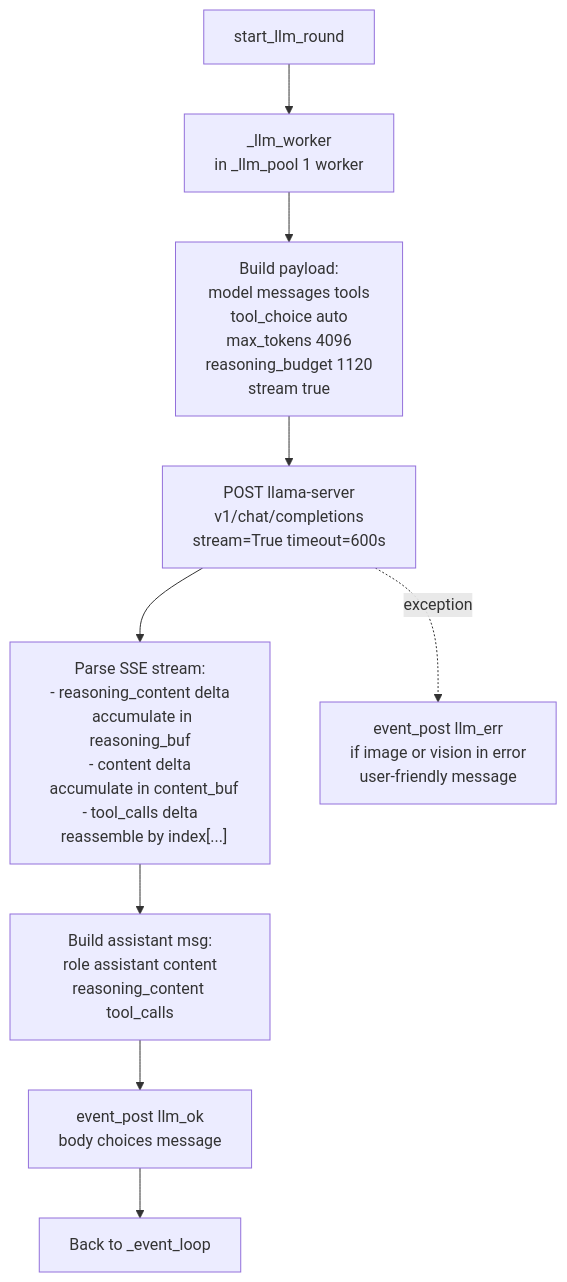
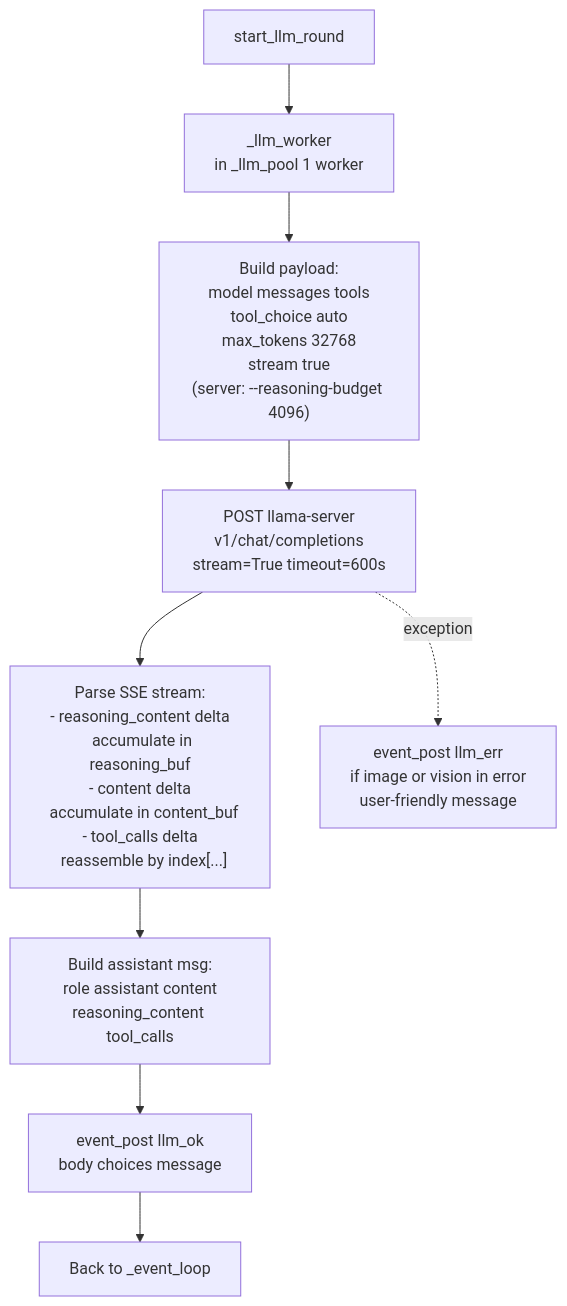
Before and after one commit to Palash90/local-ai: the tenth of 12 diagrams in README.md, drawn with Mermaid. The commit also changed other lines of this file and 3 other files, not shown here.

````diff
--- a/README.md
+++ b/README.md
@@ -302,12 +382,12 @@
 ```mermaid
 graph TD
     StartRound0["start_llm_round"] --> LLMWorker["_llm_worker\nin _llm_pool 1 worker"]
-    LLMWorker --> PayloadBuild["Build payload:\nmodel messages tools\ntool_choice auto\nmax_tokens 4096\nreasoning_budget 1120\nstream true"]
+    LLMWorker -->     PayloadBuild["Build payload:\nmodel messages tools\ntool_choice auto\nmax_tokens 32768\nstream true\n(server: --reasoning-budget 4096)"]
     PayloadBuild --> StreamReq["POST llama-server\nv1/chat/completions\nstream=True timeout=600s"]
     StreamReq --> StreamParse["Parse SSE stream:\n- reasoning_content delta\n  accumulate in reasoning_buf\n- content delta\n  accumulate in content_buf\n- tool_calls delta\n  reassemble by index[...]" ]
     StreamParse --> BuildAssistantMsg["Build assistant msg:\nrole assistant content\nreasoning_content tool_calls"]
     BuildAssistantMsg --> LLMOKPost["event_post llm_ok\nbody choices message"]
     LLMOKPost --> EvLoop["Back to _event_loop"]
 
     StreamReq -. "exception" .-> LLMException["event_post llm_err\nif image or vision in error\nuser-friendly message"]
 ```
````
